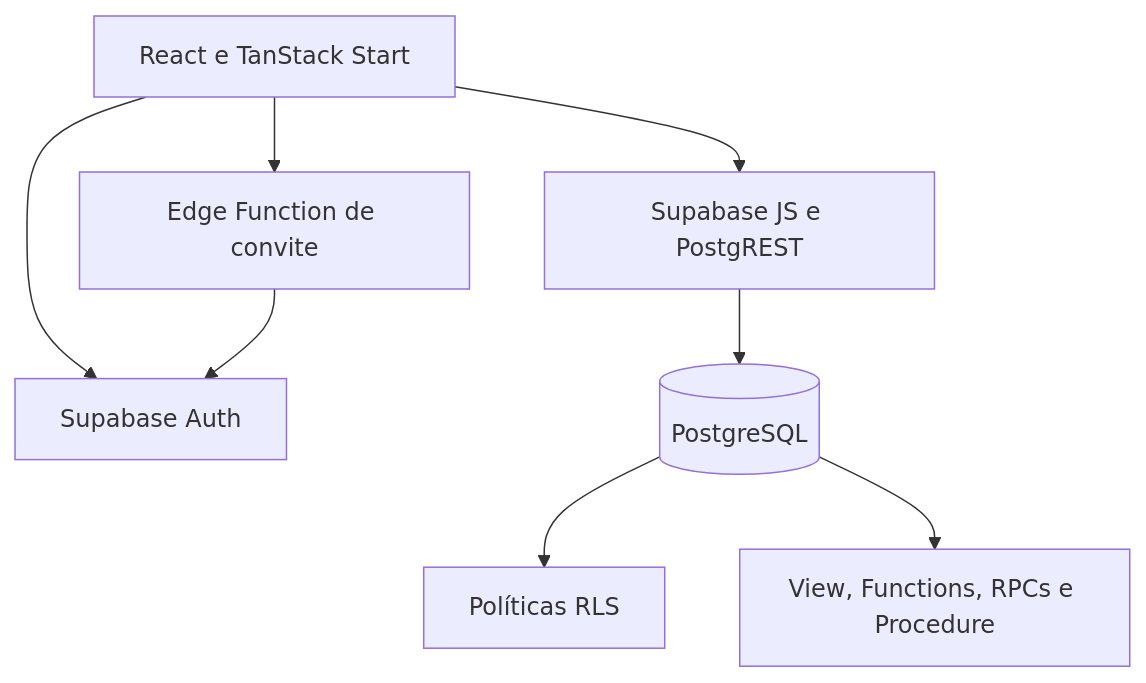
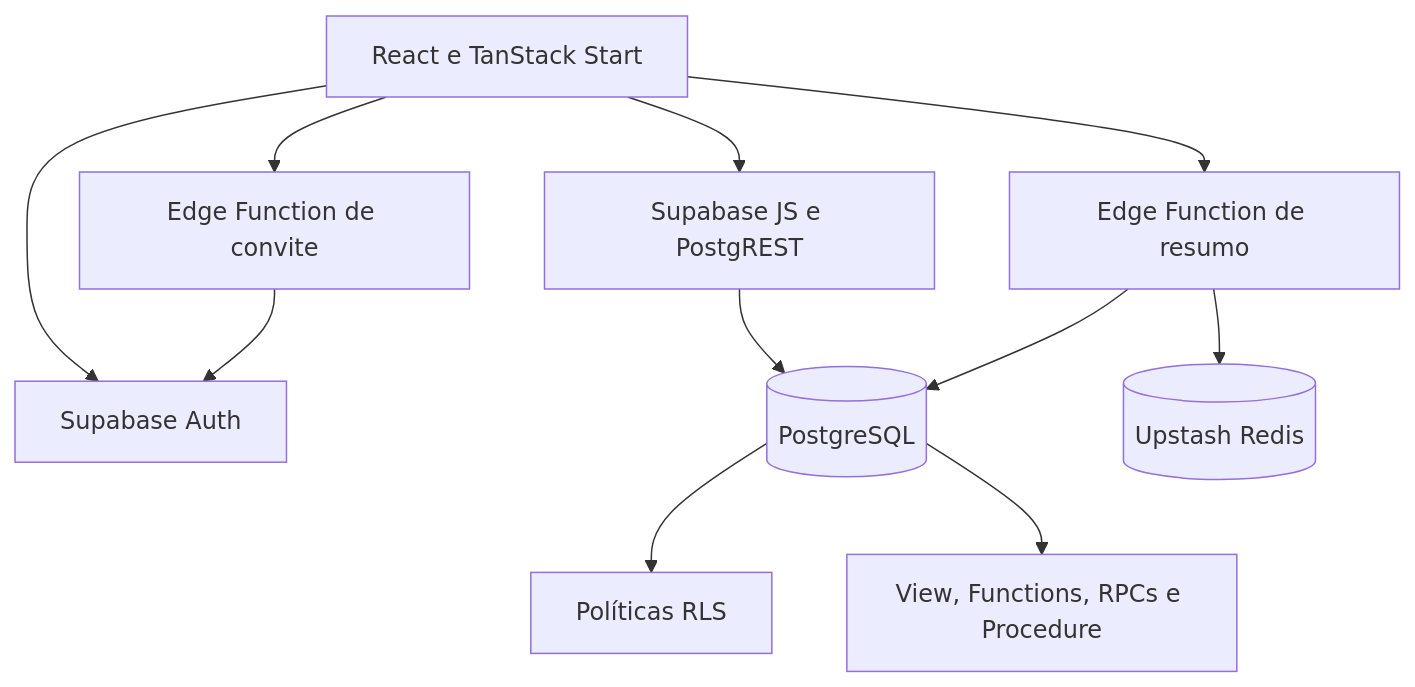
The second of 2 diagrams in README.md (Artur-Alves7/autoclean), drawn with Mermaid before and after one commit. The commit also changed other lines of this file and 10 other files, not shown here.

````diff
--- a/README.md
+++ b/README.md
@@ -130,10 +140,13 @@
 ```mermaid
 flowchart TD
     UI[React e TanStack Start] --> AUTH[Supabase Auth]
     UI --> API[Supabase JS e PostgREST]
     UI --> EDGE[Edge Function de convite]
+    UI --> RESUMO[Edge Function de resumo]
     API --> DB[(PostgreSQL)]
     EDGE --> AUTH
+    RESUMO --> REDIS[(Upstash Redis)]
+    RESUMO --> DB
     DB --> RLS[Políticas RLS]
     DB --> OBJ[View, Functions, RPCs e Procedure]
 ```
````
